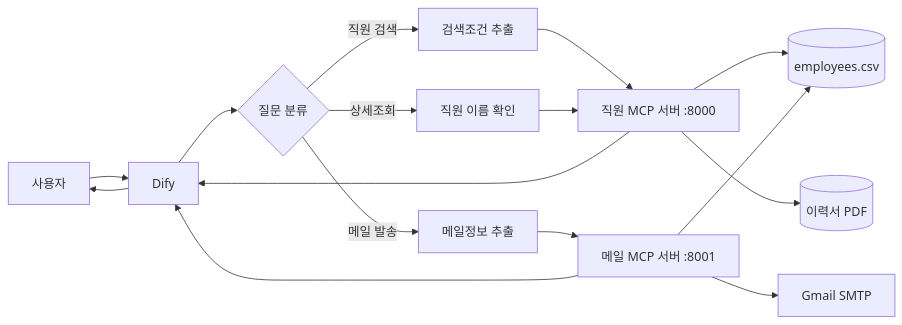
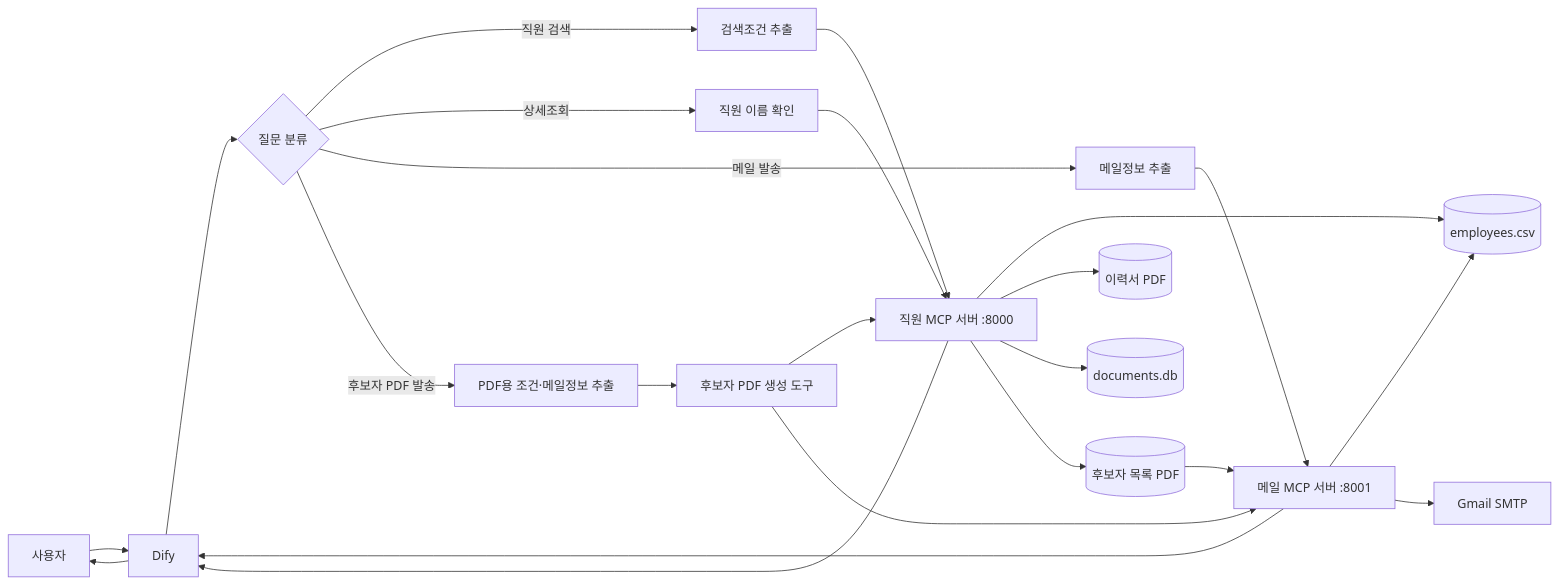
One commit to hyoseoknoh/dify-mcp-employee-search changed the diagram in README.md. Above: the diagram before and after it, drawn with Mermaid. The commit also changed other lines of this file, not shown here.

Commit message:
Update README with candidate PDF workflow

````diff
--- a/README.md
+++ b/README.md
@@ -64,18 +71,25 @@
 ```mermaid
 flowchart LR
     U[사용자] --> D[Dify]
     D --> C{질문 분류}
     C -->|직원 검색| E[검색조건 추출]
     C -->|상세조회| G[직원 이름 확인]
     C -->|메일 발송| M[메일정보 추출]
+    C -->|후보자 PDF 발송| P[PDF용 조건·메일정보 추출]
     E --> S[직원 MCP 서버 :8000]
     G --> S
+    P --> CP[후보자 PDF 생성 도구]
+    CP --> S
     S --> CSV[(employees.csv)]
     S --> PDF[(이력서 PDF)]
+    S --> DB[(documents.db)]
+    S --> OUT[(후보자 목록 PDF)]
     S --> D
     M --> MS[메일 MCP 서버 :8001]
+    CP --> MS
     MS --> CSV
+    OUT --> MS
     MS --> SMTP[Gmail SMTP]
     MS --> D
     D --> U
 ```
````
